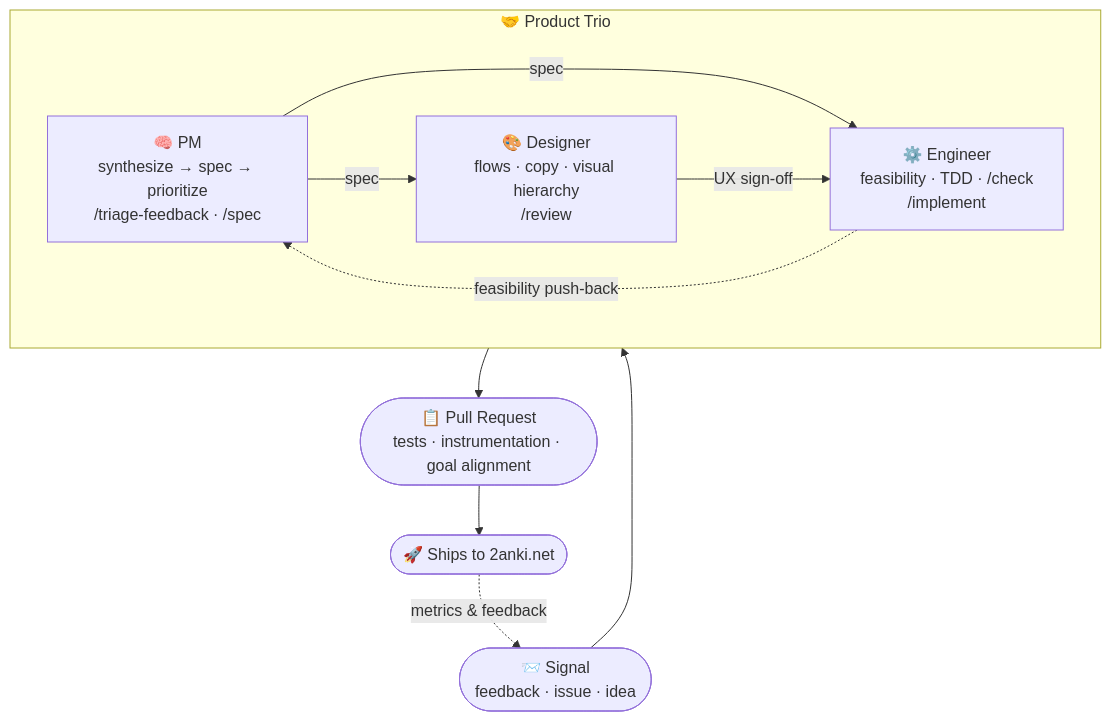
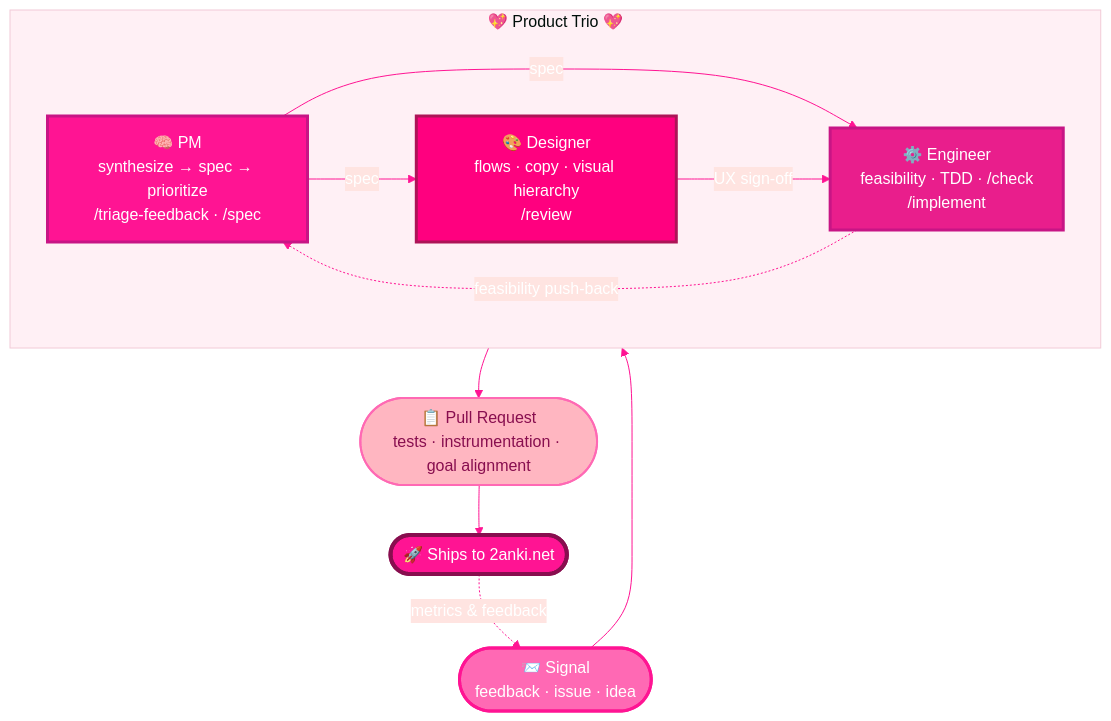
One commit to 2anki/server changed the diagram in README.md. Above: the diagram before and after it, drawn with Mermaid.

Commit message:
docs: make trio diagram flashy with pink theme

````diff
--- a/README.md
+++ b/README.md
@@ -36,23 +36,31 @@
 ```mermaid
+%%{init: {'theme': 'base', 'themeVariables': {'primaryColor': '#FF69B4', 'primaryTextColor': '#fff', 'primaryBorderColor': '#FF1493', 'lineColor': '#FF1493', 'secondaryColor': '#FFB6C1', 'tertiaryColor': '#FFF0F5', 'clusterBkg': '#FFF0F5', 'edgeLabelBackground': '#FFE4E1'}}}%%
 flowchart TD
-    IN([📨 Signal\nfeedback · issue · idea])
+    IN([📨 Signal\nfeedback · issue · idea]):::signal
 
-    subgraph trio ["🤝 Product Trio"]
+    subgraph trio ["💖 Product Trio 💖"]
         direction LR
-        PM["🧠 PM\nsynthesize → spec → prioritize\n/triage-feedback · /spec"]
-        D["🎨 Designer\nflows · copy · visual hierarchy\n/review"]
-        E["⚙️ Engineer\nfeasibility · TDD · /check\n/implement"]
+        PM["🧠 PM\nsynthesize → spec → prioritize\n/triage-feedback · /spec"]:::pmNode
+        D["🎨 Designer\nflows · copy · visual hierarchy\n/review"]:::designerNode
+        E["⚙️ Engineer\nfeasibility · TDD · /check\n/implement"]:::engineerNode
 
         PM -->|spec| D
         PM -->|spec| E
         D -->|UX sign-off| E
         E -.->|feasibility push-back| PM
     end
 
-    PR(["📋 Pull Request\ntests · instrumentation · goal alignment"])
-    SHIP(["🚀 Ships to 2anki.net"])
+    PR(["📋 Pull Request\ntests · instrumentation · goal alignment"]):::prNode
+    SHIP(["🚀 Ships to 2anki.net"]):::shipNode
 
     IN --> PM
     E --> PR --> SHIP
     SHIP -.->|metrics & feedback| IN
+
+    classDef signal fill:#FF69B4,stroke:#FF1493,color:#fff,stroke-width:3px
+    classDef pmNode fill:#FF1493,stroke:#C71585,color:#fff,stroke-width:3px
+    classDef designerNode fill:#FF007F,stroke:#AD1457,color:#fff,stroke-width:3px
+    classDef engineerNode fill:#E91E8C,stroke:#C71585,color:#fff,stroke-width:3px
+    classDef prNode fill:#FFB6C1,stroke:#FF69B4,color:#880E4F,stroke-width:2px
+    classDef shipNode fill:#FF1493,stroke:#880E4F,color:#fff,stroke-width:4px
 ```
````
